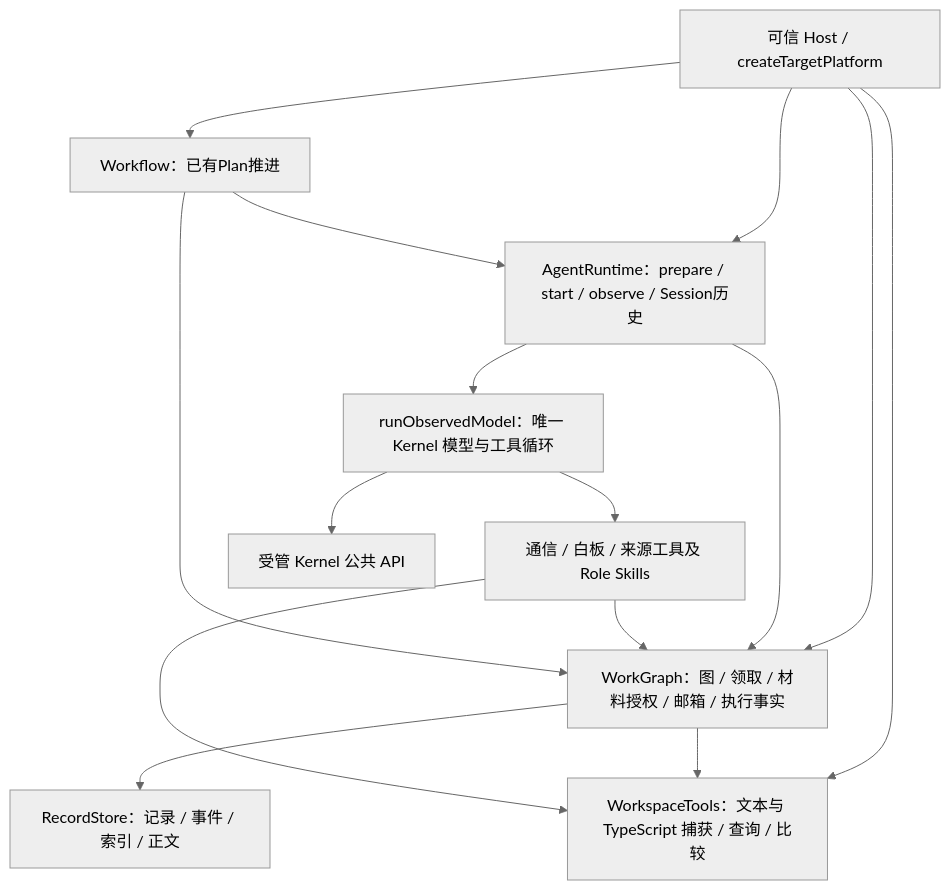
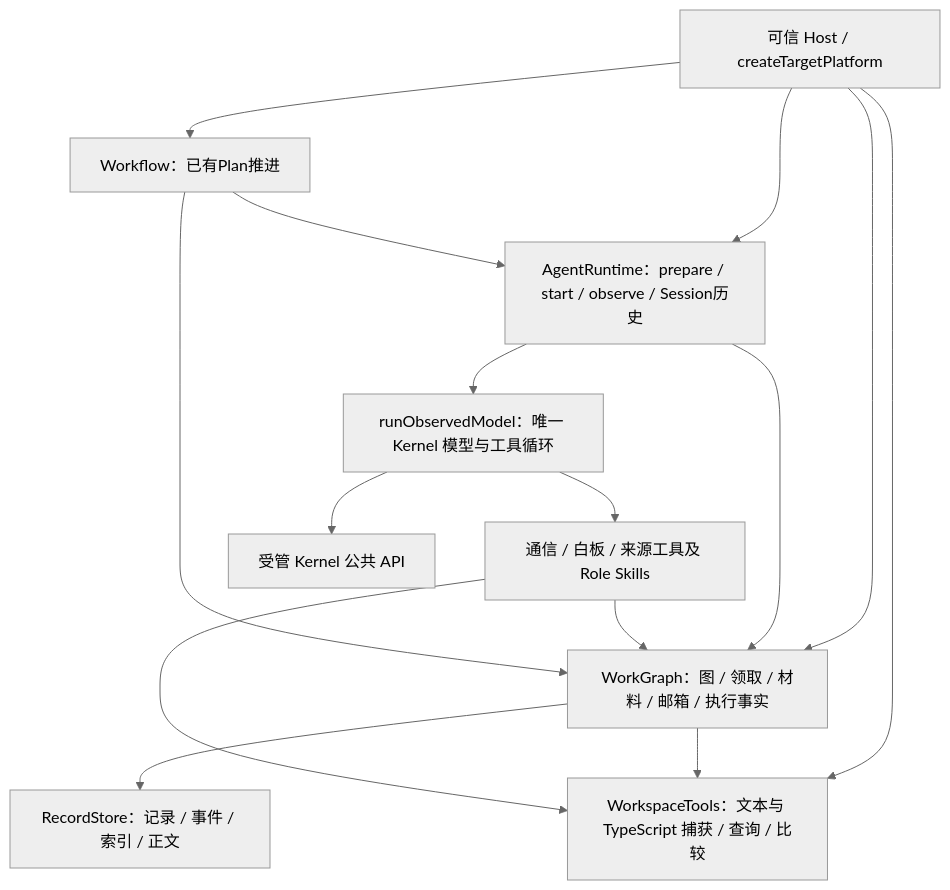
The diagram in docs/refactor/IMPLEMENTED-CAPABILITIES.md (hk865/coding-platform), drawn with Mermaid (neutral theme) before and after one commit. The commit also changed other lines of this file and 20 other files, not shown here.

````diff
--- a/docs/refactor/IMPLEMENTED-CAPABILITIES.md
+++ b/docs/refactor/IMPLEMENTED-CAPABILITIES.md
@@ -116,17 +116,17 @@
 ```mermaid
 flowchart TD
-    H[可信 Host / createTargetPlatform] --> WG[WorkGraph：图 / 领取 / 材料授权 / 邮箱 / 执行事实]
+    H[可信 Host / createTargetPlatform] --> WG[WorkGraph：图 / 领取 / 材料 / 邮箱 / 执行事实]
     H --> WS[WorkspaceTools：文本与 TypeScript 捕获 / 查询 / 比较]
     H --> RT[AgentRuntime：prepare / start / observe / Session历史]
     WG --> Store[RecordStore：记录 / 事件 / 索引 / 正文]
     WG --> WS
     RT --> WG
     RT --> Loop[runObservedModel：唯一 Kernel 模型与工具循环]
     Loop --> Tools[通信 / 白板 / 来源工具及 Role Skills]
     Tools --> WG
     Tools --> WS
     Loop --> Kernel[受管 Kernel 公共 API]
     H --> WF[Workflow：已有Plan推进]
     WF --> WG
     WF --> RT
 ```
````
